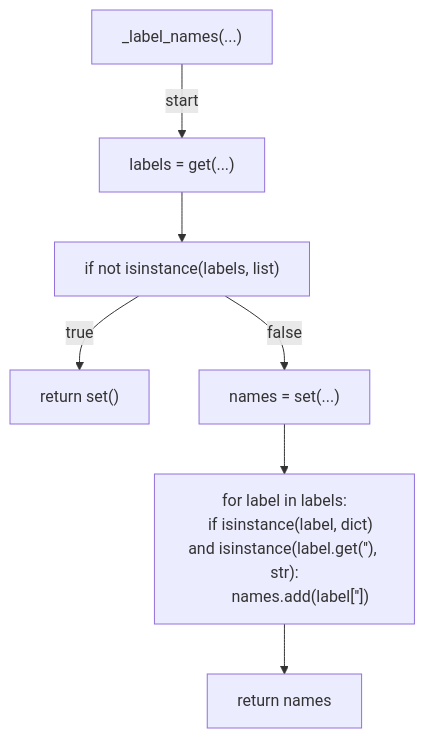
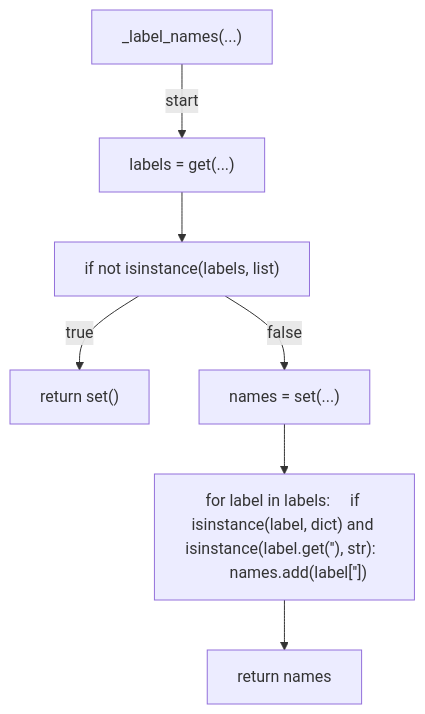
One commit to tvna/claude-md changed the eighth of 20 diagrams in docs/generated/scripts/ast/dependabot_automerge.md. Above: the diagram before and after it, drawn with Mermaid. The commit also changed other lines of this file and 30 other files, not shown here.

First line of the commit message:
docs(generated): regenerate decision tree and workflow diagrams (batch 2/5)

````diff
--- a/docs/generated/scripts/ast/dependabot_automerge.md
+++ b/docs/generated/scripts/ast/dependabot_automerge.md
@@ -247,18 +244,16 @@
 ```mermaid
 flowchart TD
     N001["_label_names(...)"]
     N002["labels = get(...)"]
     N003["if not isinstance(labels, list)"]
     N004["return set()"]
     N005["names = set(...)"]
-    N006["for label in labels:
-    if isinstance(label, dict) and isinstance(label.get('<str>'), str):
-        names.add(label['<str>'])"]
+    N006["for label in labels:     if isinstance(label, dict) and isinstance(label.get('<str>'), str):         names.add(label['<str>'])"]
     N007["return names"]
     N001 -->|"start"| N002
     N002 --> N003
     N003 -->|"true"| N004
     N003 -->|"false"| N005
     N005 --> N006
     N006 --> N007
 ```
````
